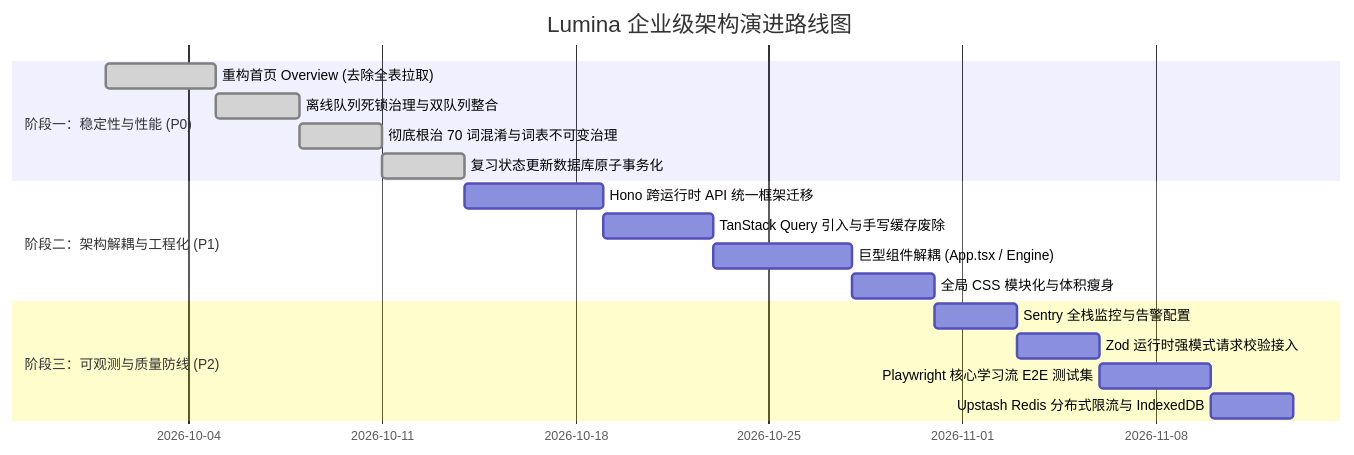
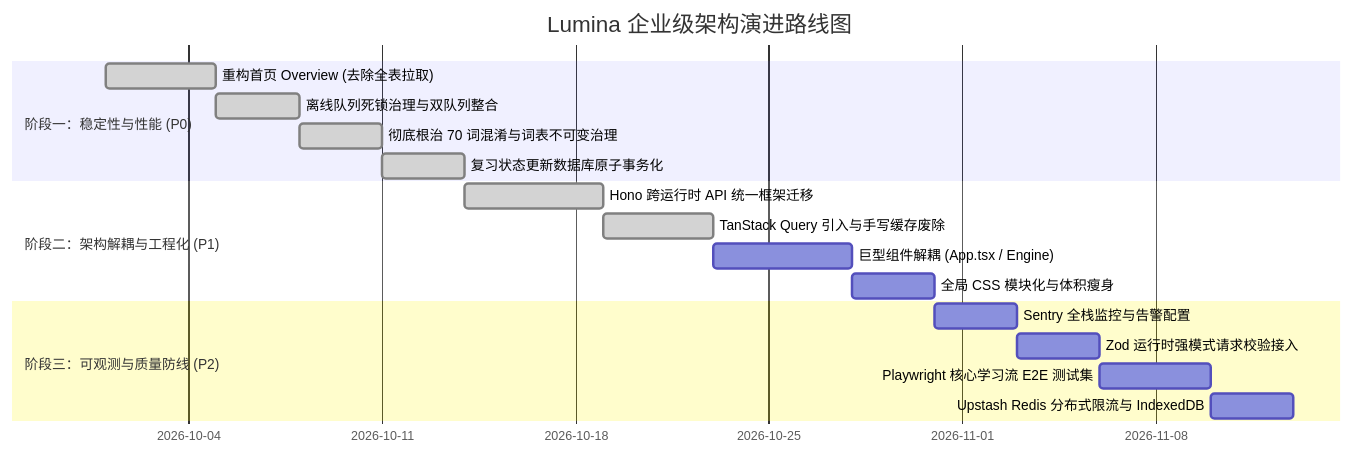
One commit to ZhangJunQiu-Alan/Lumina changed the diagram in docs/enterprise-refactoring-roadmap.md. Above: the diagram before and after it, drawn with Mermaid. The commit also changed other lines of this file and 13 other files, not shown here.

Commit message:
feat(state): adopt TanStack Query for server state management across app (Task 2.2)

````diff
--- a/docs/enterprise-refactoring-roadmap.md
+++ b/docs/enterprise-refactoring-roadmap.md
@@ -530,22 +541,22 @@
 ```mermaid
 gantt
     title Lumina 企业级架构演进路线图
     dateFormat  YYYY-MM-DD
     section 阶段一：稳定性与性能 (P0)
     重构首页 Overview (去除全表拉取)     :done, p1_1, 2026-10-01, 4d
     离线队列死锁治理与双队列整合        :done, p1_2, 2026-10-05, 3d
     彻底根治 70 词混淆与词表不可变治理  :done, p1_3, 2026-10-08, 3d
     复习状态更新数据库原子事务化        :done, p1_4, 2026-10-11, 3d
     
     section 阶段二：架构解耦与工程化 (P1)
-    Hono 跨运行时 API 统一框架迁移      :p2_1, 2026-10-14, 5d
-    TanStack Query 引入与手写缓存废除   :p2_2, 2026-10-19, 4d
+    Hono 跨运行时 API 统一框架迁移      :done, p2_1, 2026-10-14, 5d
+    TanStack Query 引入与手写缓存废除   :done, p2_2, 2026-10-19, 4d
     巨型组件解耦 (App.tsx / Engine)    :p2_3, 2026-10-23, 5d
     全局 CSS 模块化与体积瘦身          :p2_4, 2026-10-28, 3d
 
     section 阶段三：可观测与质量防线 (P2)
     Sentry 全栈监控与告警配置          :p3_1, 2026-10-31, 3d
     Zod 运行时强模式请求校验接入        :p3_2, 2026-11-03, 3d
     Playwright 核心学习流 E2E 测试集    :p3_3, 2026-11-06, 4d
     Upstash Redis 分布式限流与 IndexedDB:p3_4, 2026-11-10, 3d
 ```
````
